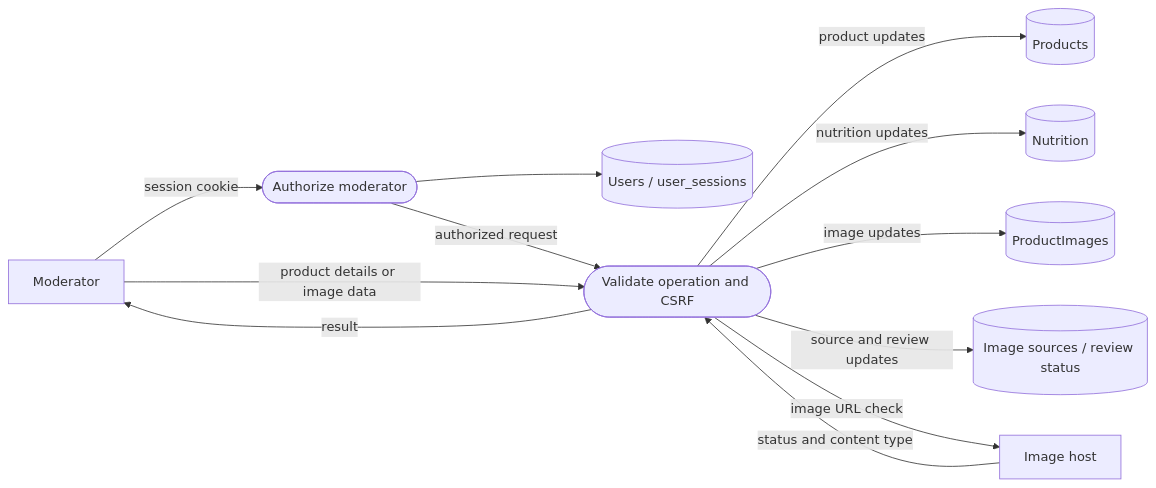
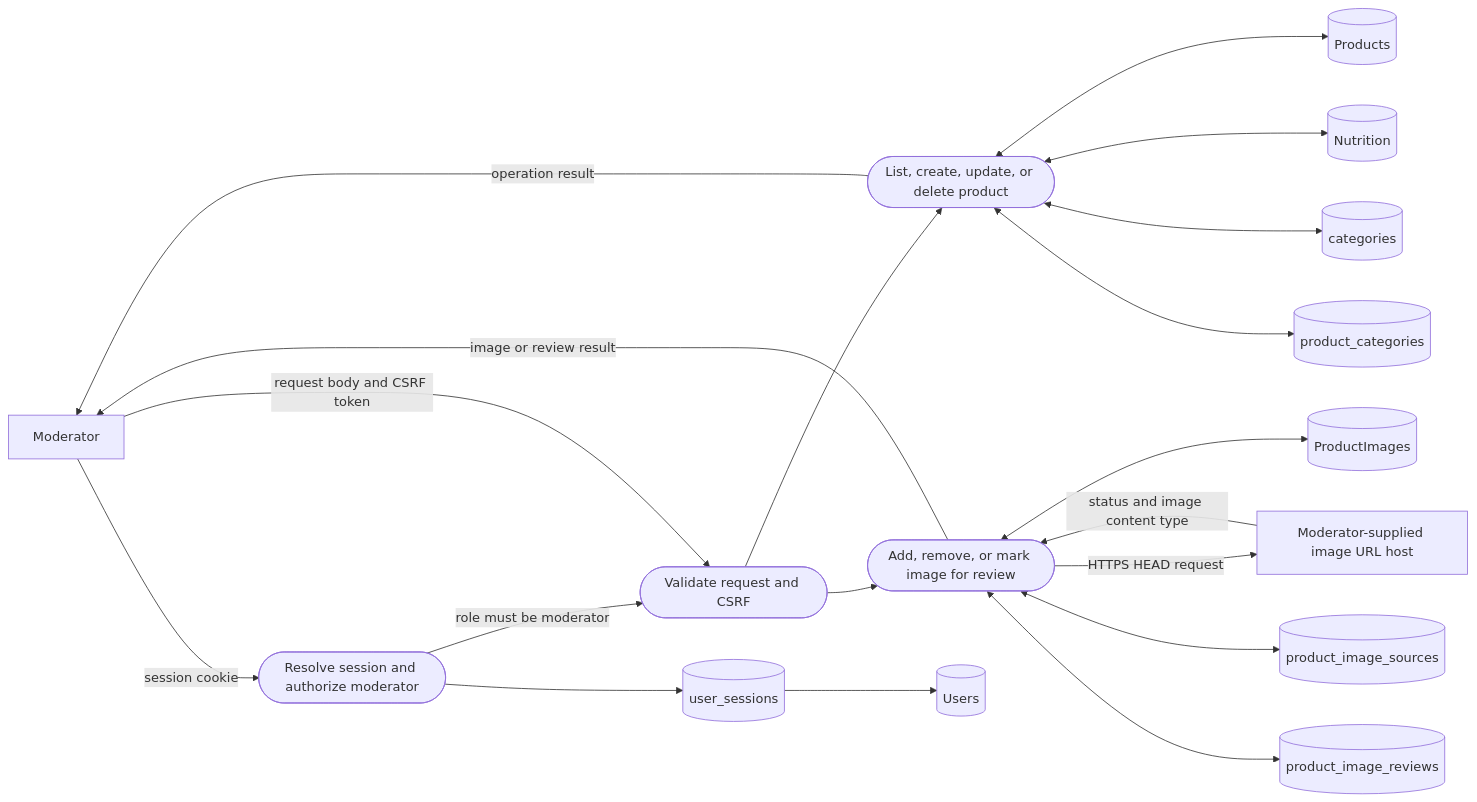
The third of 4 diagrams in docs/software-design/dfd-level-2.md (Nutrascore/nutrascore), drawn with Mermaid before and after one commit. The commit also changed other lines of this file and 6 other files, not shown here.

````diff
--- a/docs/software-design/dfd-level-2.md
+++ b/docs/software-design/dfd-level-2.md
@@ -57,14 +98,38 @@
 ```mermaid
 flowchart LR
-    M[Moderator] -->|session cookie| A(["Authorize moderator"])
-    A --> S[(Users / user_sessions)]
-    A -->|authorized request| V(["Validate operation and CSRF"])
-    M -->|product details or image data| V
-    V -->|product updates| P[(Products)]
-    V -->|nutrition updates| N[(Nutrition)]
-    V -->|image updates| I[(ProductImages)]
-    V -->|source and review updates| R[(Image sources / review status)]
-    V -->|image URL check| X[Image host]
-    X -->|status and content type| V
-    V -->|result| M
+    M[Moderator]
+    AUTH(["Resolve session and authorize moderator"])
+    VALIDATE(["Validate request and CSRF"])
+    PRODUCTS(["List, create, update, or delete product"])
+    IMAGE(["Add, remove, or mark image for review"])
+    HOST[Moderator-supplied image URL host]
+    USERS[(Users)]
+    SESS[(user_sessions)]
+    P[(Products)]
+    N[(Nutrition)]
+    C[(categories)]
+    PC[(product_categories)]
+    I[(ProductImages)]
+    SOURCE[(product_image_sources)]
+    REVIEW[(product_image_reviews)]
+
+    M -->|session cookie| AUTH
+    AUTH --> SESS
+    SESS --> USERS
+    AUTH -->|role must be moderator| VALIDATE
+    M -->|request body and CSRF token| VALIDATE
+    VALIDATE --> PRODUCTS
+    PRODUCTS <--> P
+    PRODUCTS <--> N
+    PRODUCTS <--> C
+    PRODUCTS <--> PC
+    PRODUCTS -->|operation result| M
+
+    VALIDATE --> IMAGE
+    IMAGE -->|HTTPS HEAD request| HOST
+    HOST -->|status and image content type| IMAGE
+    IMAGE <--> I
+    IMAGE <--> SOURCE
+    IMAGE <--> REVIEW
+    IMAGE -->|image or review result| M
 ```
````
